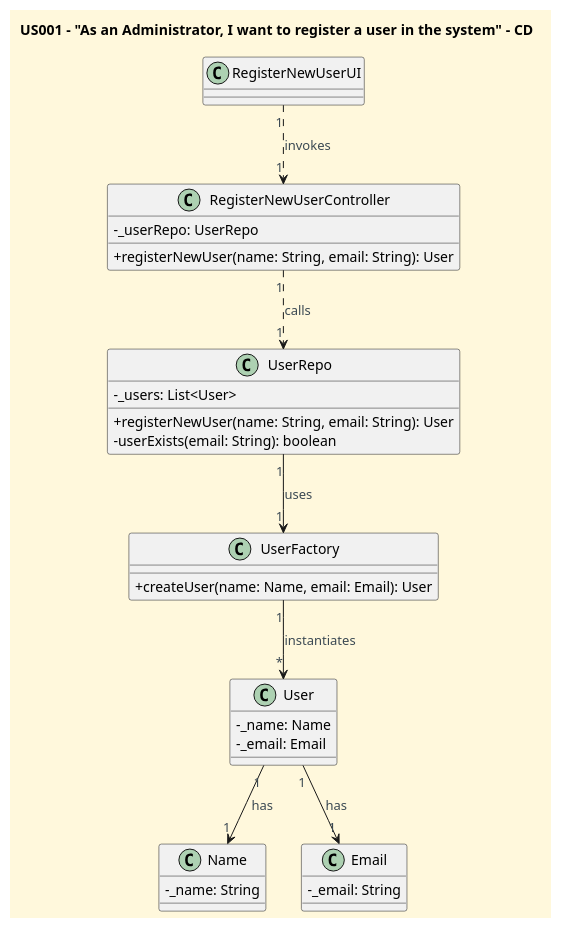
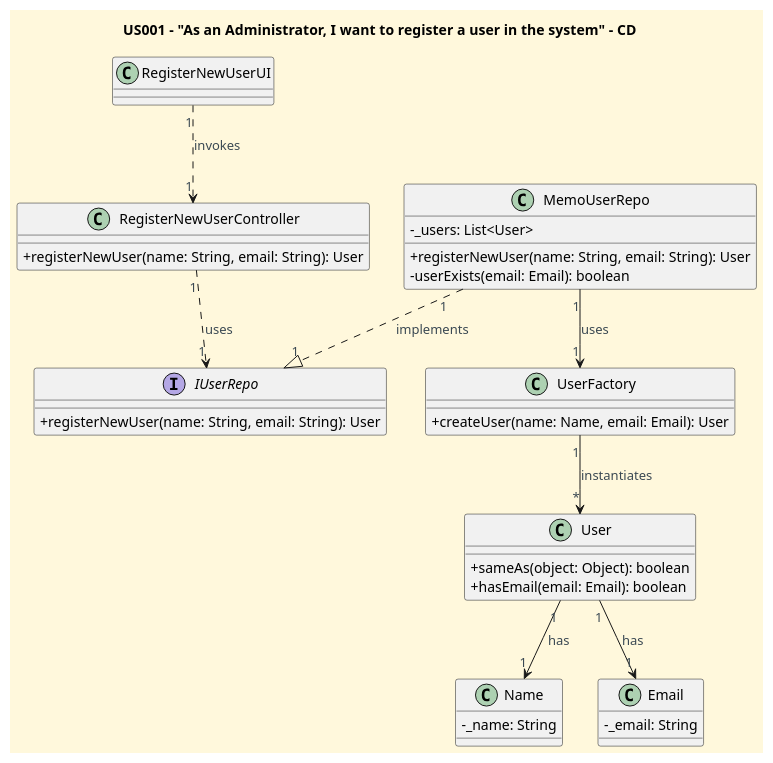
Before and after one commit to CarolinaLeite-collab/JavaMarketplacePlatform: the diagram in docs/userStories/US001/US001_register_user_CD.puml, drawn with PlantUML. The commit also changed 1 other file, not shown here.

Commit message:
docs : Add CD and SD for US029/US001 - Register New User (DDD), ref #357

```diff
--- a/docs/userStories/US001/US001_register_user_CD.puml
+++ b/docs/userStories/US001/US001_register_user_CD.puml
@@ -1,54 +1,59 @@
 @startuml
 title US001 - "As an Administrator, I want to register a user in the system" - CD
 
 skinparam monochrome false
 skinparam shadowing false
 skinparam defaultFontName Futura
 skinparam objectFontSize 20
 skinparam backgroundColor CornSilk
 skinparam objectBackgroundColor WhiteSmoke
 skinparam noteBackgroundColor #FFFFE0
 skinparam ArrowFontColor #3B4953
 skinparam ActivationBackgroundColor black
 skinparam classAttributeIconSize 0
 
 class RegisterNewUserUI
 
 class RegisterNewUserController {
-  - _userRepo: UserRepo
   + registerNewUser(name: String, email: String): User
 }
 
-class UserRepo {
-  - _users: List<User>
+Interface IUserRepo {
   + registerNewUser(name: String, email: String): User
-  - userExists(email: String): boolean
+}
+
+class MemoUserRepo{
+- _users: List<User>
+  + registerNewUser(name: String, email: String): User
+  - userExists(email: Email): boolean
 }
 
 class UserFactory {
   + createUser(name: Name, email: Email): User
 }
 
 class User {
-  - _name: Name
-  - _email: Email
++ sameAs(object: Object): boolean
++hasEmail(email: Email): boolean
+
 }
 
 class Name {
   - _name: String
 }
 
 class Email {
   - _email: String
 }
 
 ' === RELAÇÕES ===
 
 RegisterNewUserUI "1" ..> "1" RegisterNewUserController : invokes
-RegisterNewUserController "1" ..> "1" UserRepo : calls
-UserRepo "1" --> "1" UserFactory : uses
+RegisterNewUserController "1" ..> "1" IUserRepo : uses
+MemoUserRepo "1" ..|> "1" IUserRepo : implements
+MemoUserRepo "1" --> "1" UserFactory : uses
 UserFactory "1" --> "*" User : instantiates
 User "1" --> "1" Name : has
 User "1" --> "1" Email : has
 
 @enduml
```
